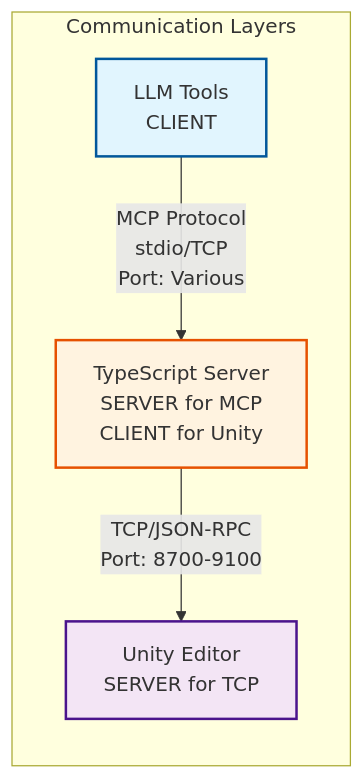
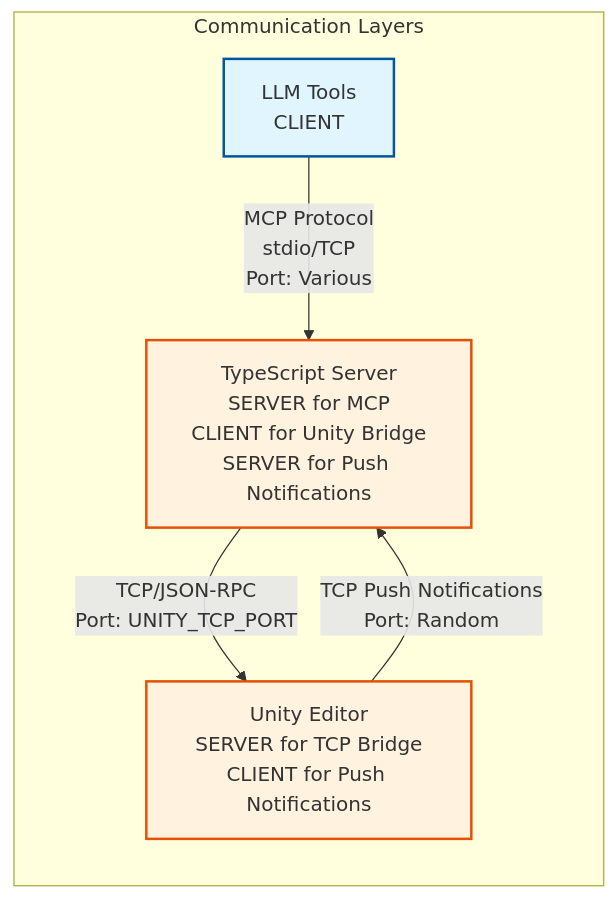
The second of 17 diagrams in Packages/src/ARCHITECTURE.md (hatayama/uLoopMCP), drawn with Mermaid before and after one commit. The commit also changed other lines of this file and 19 other files, not shown here.

First line of the commit message:
fix: Claude Code MCP tool recognition via push notification sync

````diff
--- a/Packages/src/ARCHITECTURE.md
+++ b/Packages/src/ARCHITECTURE.md
@@ -59,19 +68,19 @@
 ```mermaid
 graph LR
     subgraph "Communication Layers"
         LLM[LLM Tools<br/>CLIENT]
-        TS[TypeScript Server<br/>SERVER for MCP<br/>CLIENT for Unity]
-        Unity[Unity Editor<br/>SERVER for TCP]
+        TS[TypeScript Server<br/>SERVER for MCP<br/>CLIENT for Unity Bridge<br/>SERVER for Push Notifications]
+        Unity[Unity Editor<br/>SERVER for TCP Bridge<br/>CLIENT for Push Notifications]
     end
     
     LLM -->|"MCP Protocol<br/>stdio/TCP<br/>Port: Various"| TS
-    TS -->|"TCP/JSON-RPC<br/>Port: 8700-9100"| Unity
+    TS -->|"TCP/JSON-RPC<br/>Port: UNITY_TCP_PORT"| Unity
+    Unity -->|"TCP Push Notifications<br/>Port: Random"| TS
     
     classDef client fill:#e1f5fe,stroke:#01579b,stroke-width:2px
     classDef server fill:#f3e5f5,stroke:#4a148c,stroke-width:2px
     classDef hybrid fill:#fff3e0,stroke:#e65100,stroke-width:2px
     
     class LLM client
-    class Unity server
-    class TS hybrid
+    class Unity,TS hybrid
 ```
````
